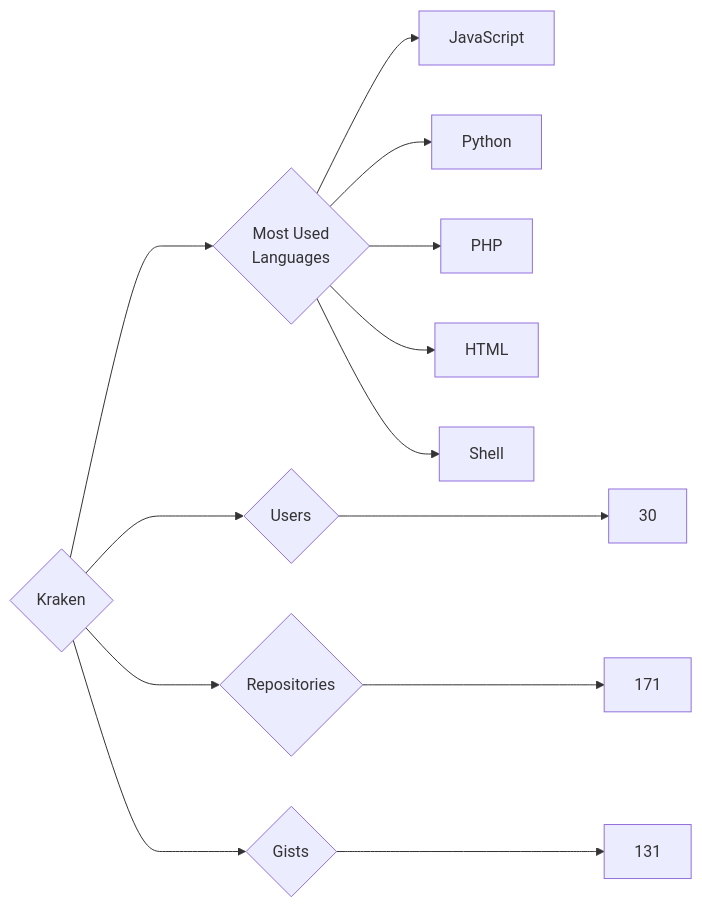
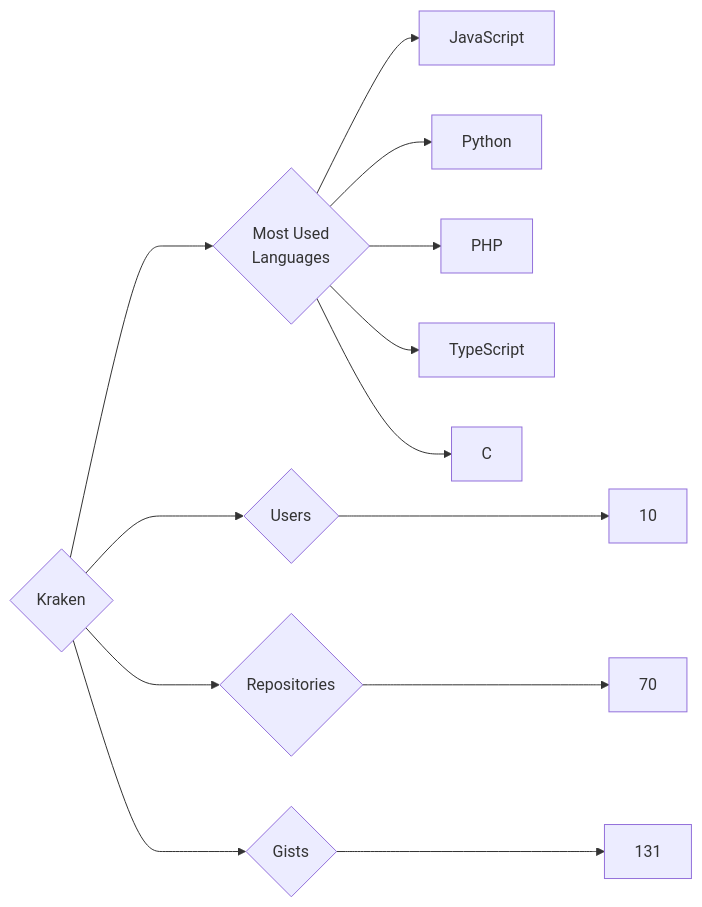
One commit to trickest/insiders changed the diagram in targets/Kraken/README.md. Above: the diagram before and after it, drawn with Mermaid. The commit also changed 899 other files, not shown here.

````diff
--- a/targets/Kraken/README.md
+++ b/targets/Kraken/README.md
@@ -3,13 +3,13 @@
 ```mermaid
 graph LR
 COMPANY_NAME{Kraken}
-COMPANY_NAME ---> U{Users} ---> UN[30]
-COMPANY_NAME ---> R{Repositories} ---> RN[171]
+COMPANY_NAME ---> U{Users} ---> UN[10]
+COMPANY_NAME ---> R{Repositories} ---> RN[70]
 COMPANY_NAME ---> G{Gists} ---> GN[131]
 COMPANY_NAME ---> ML{Most Used<br>Languages}
 ML --> JavaScript[JavaScript]
 ML --> Python[Python]
 ML --> PHP[PHP]
-ML --> HTML[HTML]
-ML --> Shell[Shell]
+ML --> TypeScript[TypeScript]
+ML --> C[C]
 ```
````
